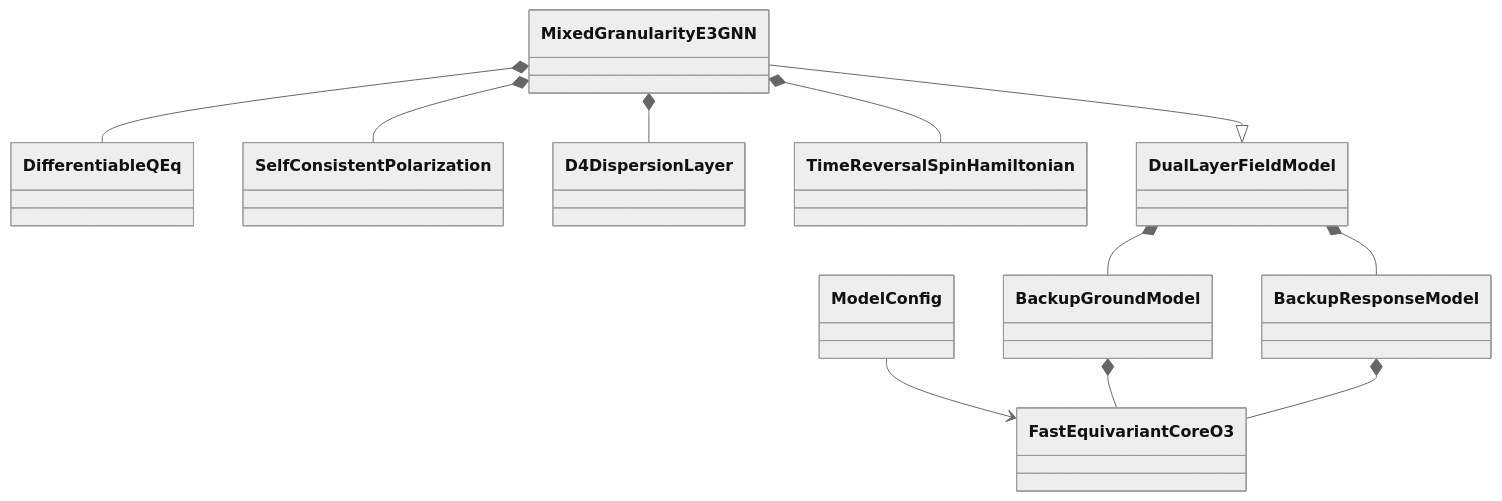
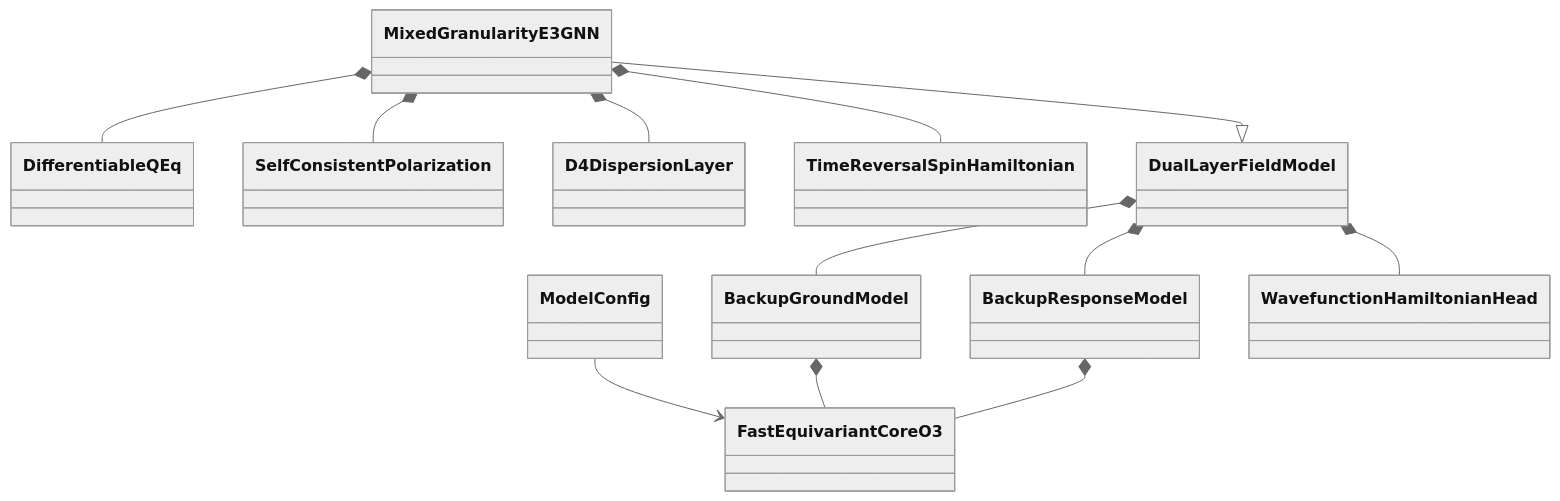
One commit to FonaTech/E3-miu-GNN changed the first of 4 diagrams in docs/ARCHITECTURE.md. Above: the diagram before and after it, drawn with Mermaid (neutral theme). The commit also changed other lines of this file and 12 other files, not shown here.

````diff
--- a/docs/ARCHITECTURE.md
+++ b/docs/ARCHITECTURE.md
@@ -9,24 +9,26 @@
 ```mermaid
 classDiagram
     class ModelConfig
     class FastEquivariantCoreO3
     class BackupGroundModel
     class BackupResponseModel
     class DifferentiableQEq
     class SelfConsistentPolarization
     class D4DispersionLayer
     class TimeReversalSpinHamiltonian
+    class WavefunctionHamiltonianHead
     class DualLayerFieldModel
     class MixedGranularityE3GNN
 
     ModelConfig --> FastEquivariantCoreO3
     BackupGroundModel *-- FastEquivariantCoreO3
     BackupResponseModel *-- FastEquivariantCoreO3
     DualLayerFieldModel *-- BackupGroundModel
     DualLayerFieldModel *-- BackupResponseModel
+    DualLayerFieldModel *-- WavefunctionHamiltonianHead
     MixedGranularityE3GNN --|> DualLayerFieldModel
     MixedGranularityE3GNN *-- DifferentiableQEq
     MixedGranularityE3GNN *-- SelfConsistentPolarization
     MixedGranularityE3GNN *-- D4DispersionLayer
     MixedGranularityE3GNN *-- TimeReversalSpinHamiltonian
 ```
````
